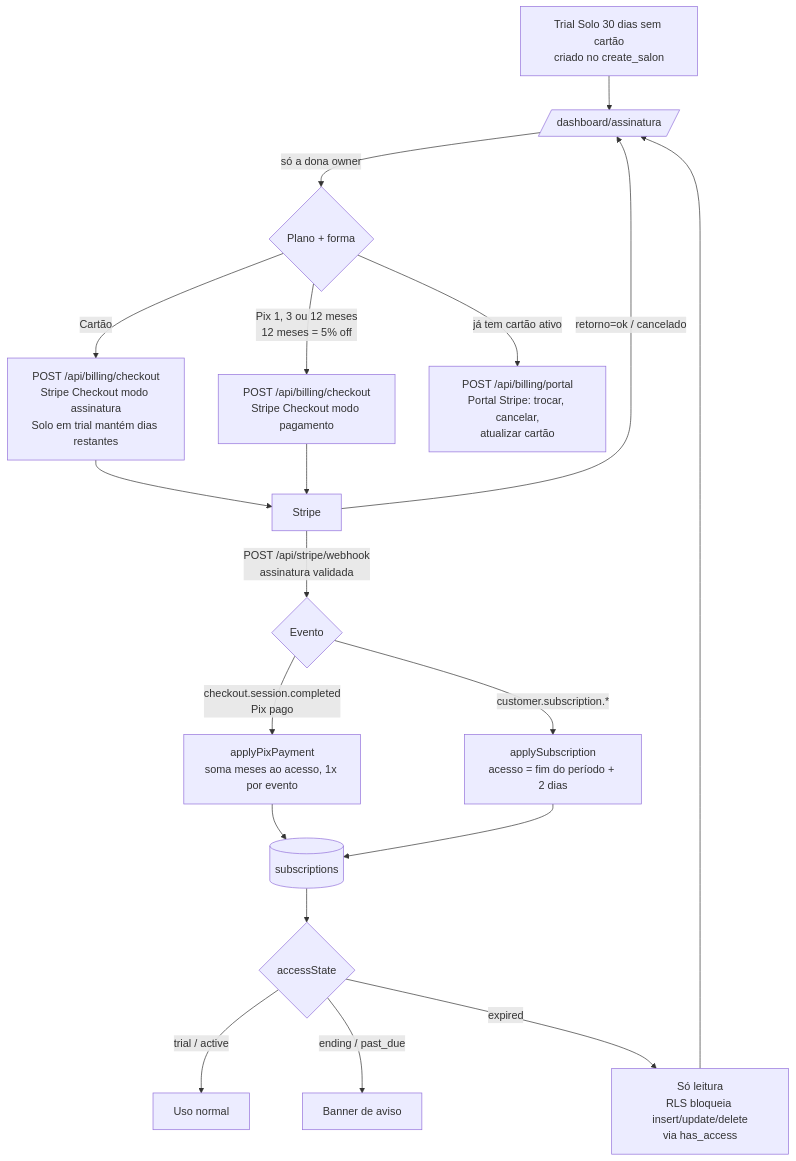
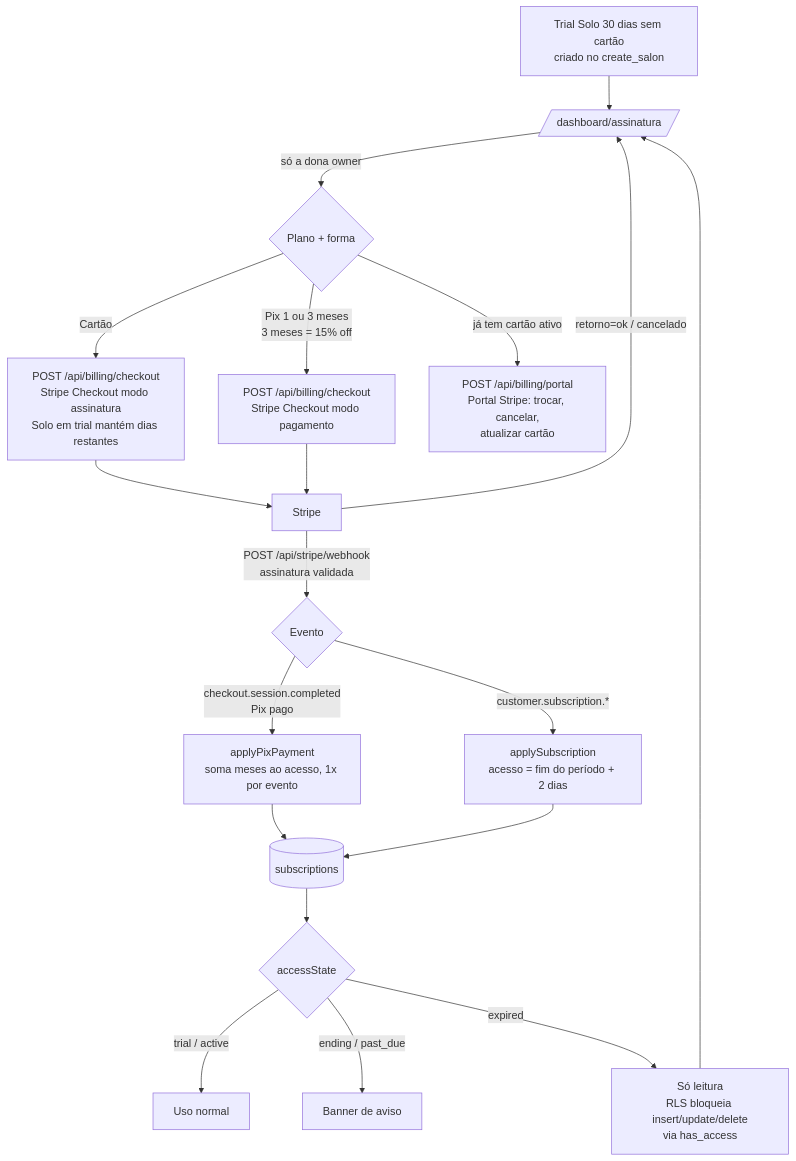
One commit to evally-crm/ikizy changed the fifth of 5 diagrams in docs/fluxos-do-sistema.md. Above: the diagram before and after it, drawn with Mermaid. The commit also changed 2 other files, not shown here.

Commit message:
Docs: confirmação de e-mail ligada, Pix sem 12 meses e novo estado do projeto

````diff
--- a/docs/fluxos-do-sistema.md
+++ b/docs/fluxos-do-sistema.md
@@ -118,19 +118,19 @@
 ```mermaid
 flowchart TD
     T[Trial Solo 30 dias sem cartão<br/>criado no create_salon] --> AS[/dashboard/assinatura/]
     AS -->|só a dona owner| ESC{Plano + forma}
     ESC -->|Cartão| CK1[POST /api/billing/checkout<br/>Stripe Checkout modo assinatura<br/>Solo em trial mantém dias restantes]
-    ESC -->|Pix 1, 3 ou 12 meses<br/>12 meses = 5% off| CK2[POST /api/billing/checkout<br/>Stripe Checkout modo pagamento]
+    ESC -->|Pix 1 ou 3 meses<br/>3 meses = 15% off| CK2[POST /api/billing/checkout<br/>Stripe Checkout modo pagamento]
     ESC -->|já tem cartão ativo| PT[POST /api/billing/portal<br/>Portal Stripe: trocar, cancelar,<br/>atualizar cartão]
     CK1 & CK2 --> ST[Stripe]
     ST -->|retorno=ok / cancelado| AS
     ST -->|POST /api/stripe/webhook<br/>assinatura validada| WH{Evento}
     WH -->|checkout.session.completed<br/>Pix pago| W1[applyPixPayment<br/>soma meses ao acesso, 1x por evento]
     WH -->|customer.subscription.*| W2[applySubscription<br/>acesso = fim do período + 2 dias]
     W1 & W2 --> DB[(subscriptions)]
     DB --> ACC{accessState}
     ACC -->|trial / active| OK[Uso normal]
     ACC -->|ending / past_due| BN[Banner de aviso]
     ACC -->|expired| RO[Só leitura<br/>RLS bloqueia insert/update/delete<br/>via has_access]
     RO --> AS
 ```
````
